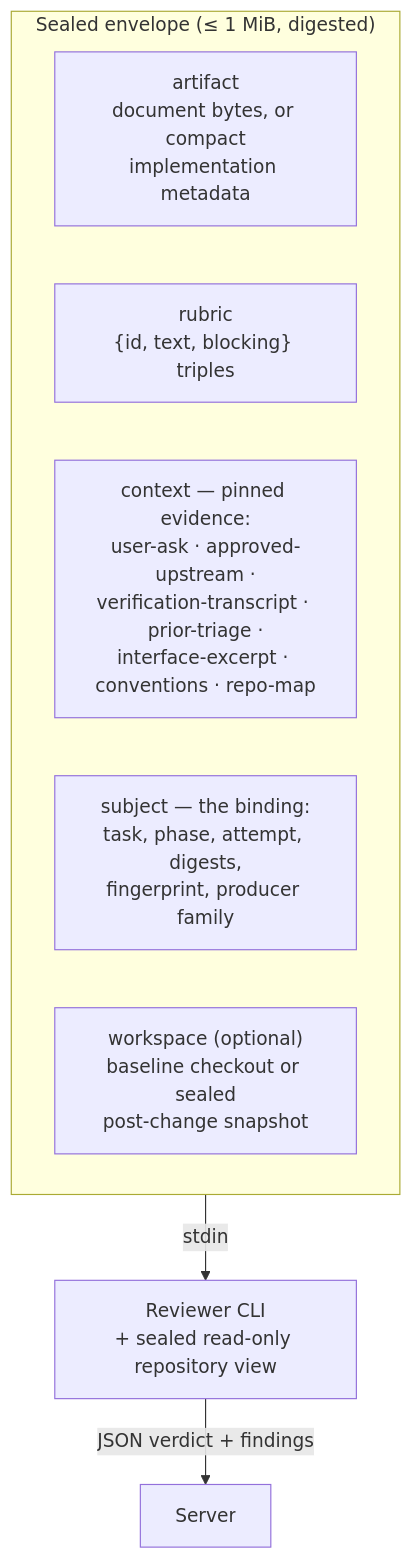
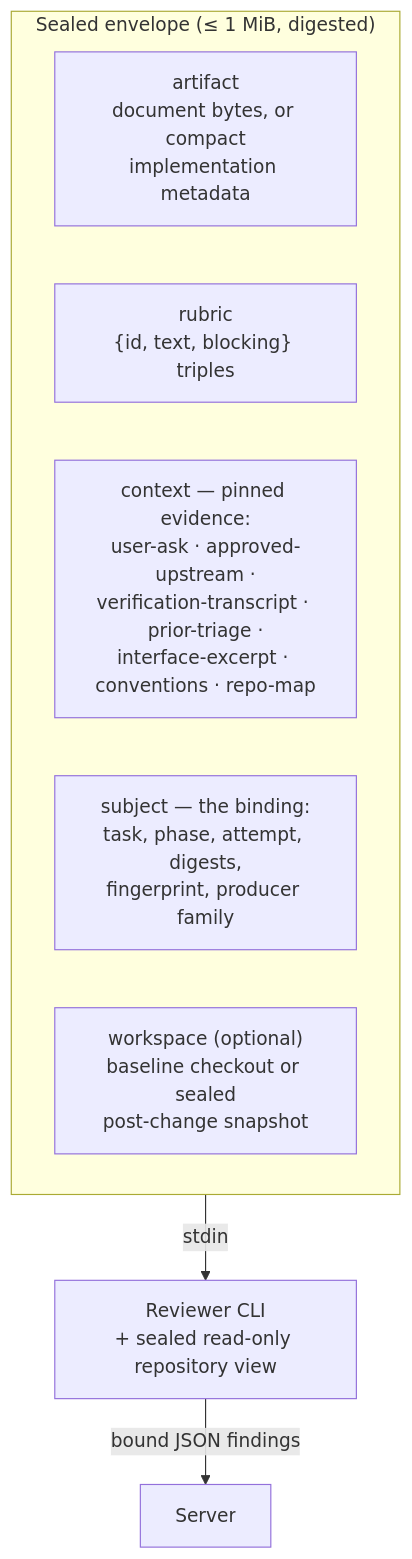
The first of 2 diagrams in docs/review/COUNTER-REVIEW.md (Aroton/ArchflowV2), drawn with Mermaid before and after one commit. The commit also changed other lines of this file and 178 other files, not shown here.

````diff
--- a/docs/review/COUNTER-REVIEW.md
+++ b/docs/review/COUNTER-REVIEW.md
@@ -11,12 +11,12 @@
 ```mermaid
 flowchart TB
     subgraph ENV["Sealed envelope (≤ 1 MiB, digested)"]
         A["artifact<br/>document bytes, or compact<br/>implementation metadata"]
         R["rubric<br/>{id, text, blocking} triples"]
         C["context — pinned evidence:<br/>user-ask · approved-upstream ·<br/>verification-transcript · prior-triage ·<br/>interface-excerpt · conventions · repo-map"]
         S["subject — the binding:<br/>task, phase, attempt, digests,<br/>fingerprint, producer family"]
         W["workspace (optional)<br/>baseline checkout or sealed<br/>post-change snapshot"]
     end
     ENV -->|stdin| Child["Reviewer CLI<br/>+ sealed read-only repository view"]
-    Child -->|JSON verdict + findings| Server
+    Child -->|bound JSON findings| Server
 ```
````
